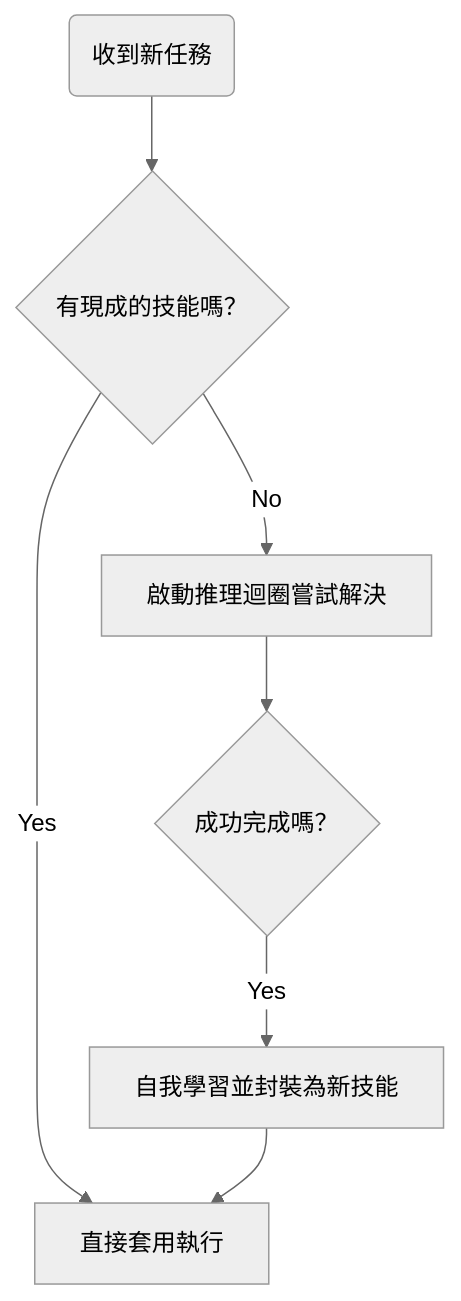
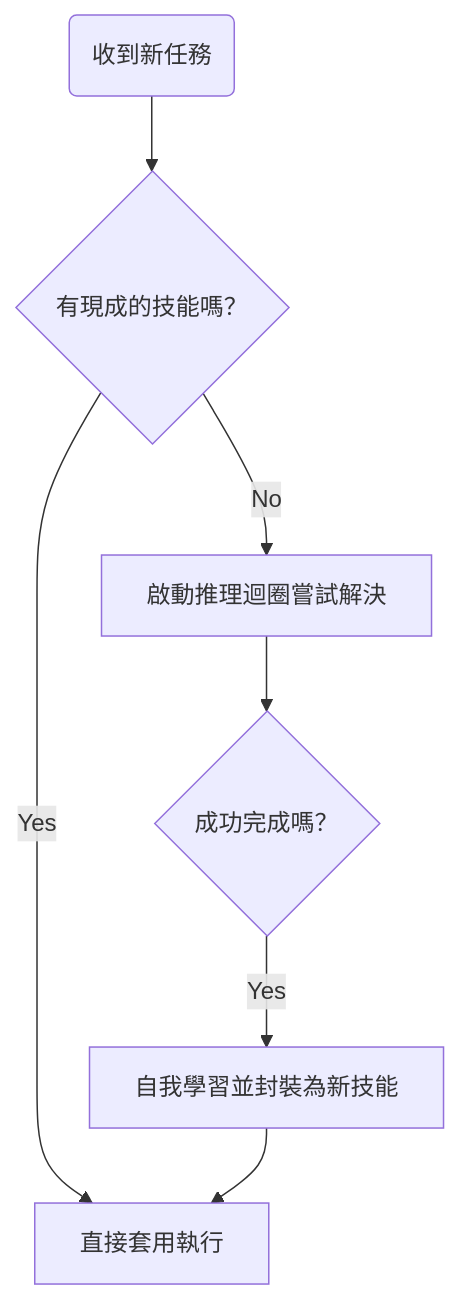
Before and after one commit to perng/ai-cert: the first of 2 diagrams in subjects/m5/chapter4.qmd, drawn with Mermaid. The commit also changed other lines of this file and 3 other files, not shown here.

Commit message:
feat: add custom CSS and Quarto configuration to enforce white backgrounds on mermaid diagrams

````diff
--- a/subjects/m5/chapter4.qmd
+++ b/subjects/m5/chapter4.qmd
@@ -50,10 +50,9 @@
 ```{mermaid}
-%%{init: {'theme': 'neutral'}}%%
 flowchart TD
     Task(收到新任務) --> Eval{有現成的技能嗎？}
     Eval --> |Yes| Exec[直接套用執行]
     Eval --> |No| LLM[啟動推理迴圈嘗試解決]
     LLM --> Success{成功完成嗎？}
     Success --> |Yes| Pack[自我學習並封裝為新技能]
     Pack --> Exec
 ```
````
